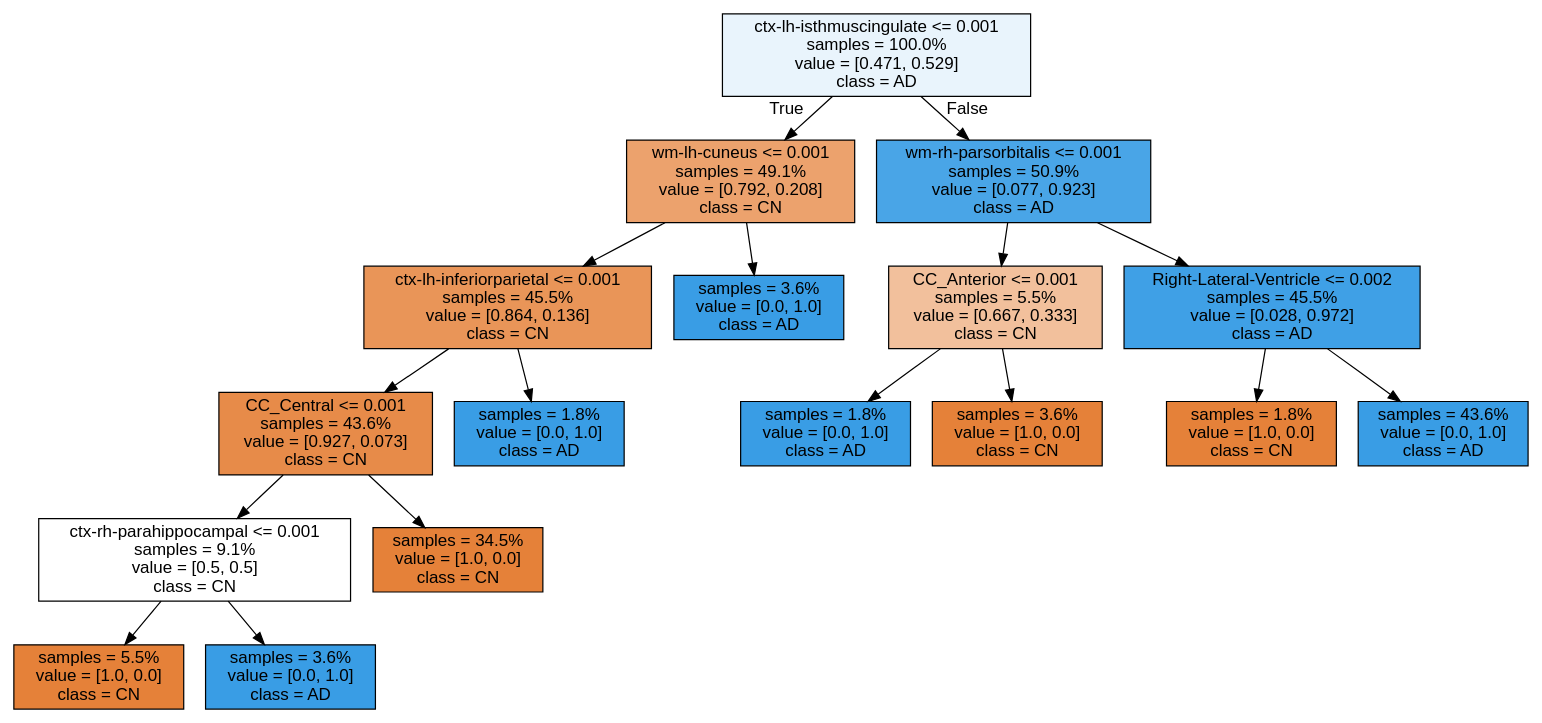
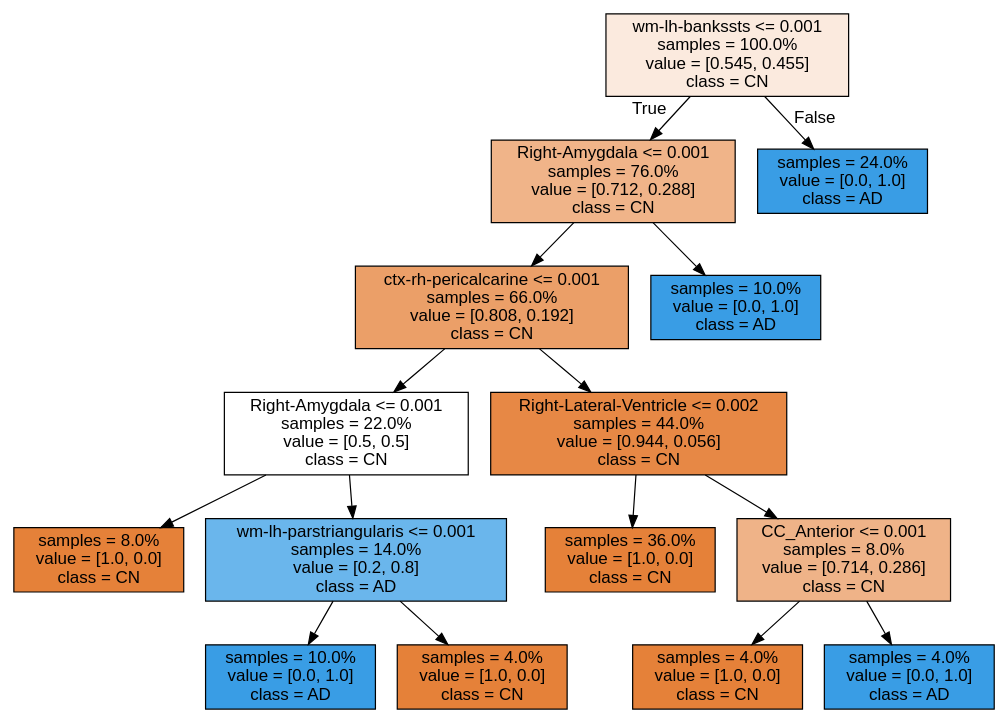
One commit to francescouni0/CompProject changed the diagram in Source.gv. Above: the diagram before and after it, drawn with Graphviz. The commit also changed 8 other files, not shown here.

```diff
--- a/Source.gv
+++ b/Source.gv
@@ -1,37 +1,33 @@
 digraph Tree {
 node [shape=box, style="filled", color="black", fontname="helvetica"] ;
 edge [fontname="helvetica"] ;
-0 [label="ctx-lh-isthmuscingulate <= 0.001\nsamples = 100.0%\nvalue = [0.471, 0.529]\nclass = AD", fillcolor="#e9f4fc"] ;
-1 [label="wm-lh-cuneus <= 0.001\nsamples = 49.1%\nvalue = [0.792, 0.208]\nclass = CN", fillcolor="#eca26d"] ;
+0 [label="wm-lh-bankssts <= 0.001\nsamples = 100.0%\nvalue = [0.545, 0.455]\nclass = CN", fillcolor="#fbeade"] ;
+1 [label="Right-Amygdala <= 0.001\nsamples = 76.0%\nvalue = [0.712, 0.288]\nclass = CN", fillcolor="#f0b489"] ;
 0 -> 1 [labeldistance=2.5, labelangle=45, headlabel="True"] ;
-2 [label="ctx-lh-inferiorparietal <= 0.001\nsamples = 45.5%\nvalue = [0.864, 0.136]\nclass = CN", fillcolor="#e99558"] ;
+2 [label="ctx-rh-pericalcarine <= 0.001\nsamples = 66.0%\nvalue = [0.808, 0.192]\nclass = CN", fillcolor="#eb9f68"] ;
 1 -> 2 ;
-3 [label="CC_Central <= 0.001\nsamples = 43.6%\nvalue = [0.927, 0.073]\nclass = CN", fillcolor="#e78b49"] ;
+3 [label="Right-Amygdala <= 0.001\nsamples = 22.0%\nvalue = [0.5, 0.5]\nclass = CN", fillcolor="#ffffff"] ;
 2 -> 3 ;
-4 [label="ctx-rh-parahippocampal <= 0.001\nsamples = 9.1%\nvalue = [0.5, 0.5]\nclass = CN", fillcolor="#ffffff"] ;
+4 [label="samples = 8.0%\nvalue = [1.0, 0.0]\nclass = CN", fillcolor="#e58139"] ;
 3 -> 4 ;
-5 [label="samples = 5.5%\nvalue = [1.0, 0.0]\nclass = CN", fillcolor="#e58139"] ;
-4 -> 5 ;
-6 [label="samples = 3.6%\nvalue = [0.0, 1.0]\nclass = AD", fillcolor="#399de5"] ;
-4 -> 6 ;
-7 [label="samples = 34.5%\nvalue = [1.0, 0.0]\nclass = CN", fillcolor="#e58139"] ;
-3 -> 7 ;
-8 [label="samples = 1.8%\nvalue = [0.0, 1.0]\nclass = AD", fillcolor="#399de5"] ;
+5 [label="wm-lh-parstriangularis <= 0.001\nsamples = 14.0%\nvalue = [0.2, 0.8]\nclass = AD", fillcolor="#6ab6ec"] ;
+3 -> 5 ;
+6 [label="samples = 10.0%\nvalue = [0.0, 1.0]\nclass = AD", fillcolor="#399de5"] ;
+5 -> 6 ;
+7 [label="samples = 4.0%\nvalue = [1.0, 0.0]\nclass = CN", fillcolor="#e58139"] ;
+5 -> 7 ;
+8 [label="Right-Lateral-Ventricle <= 0.002\nsamples = 44.0%\nvalue = [0.944, 0.056]\nclass = CN", fillcolor="#e78845"] ;
 2 -> 8 ;
-9 [label="samples = 3.6%\nvalue = [0.0, 1.0]\nclass = AD", fillcolor="#399de5"] ;
-1 -> 9 ;
-10 [label="wm-rh-parsorbitalis <= 0.001\nsamples = 50.9%\nvalue = [0.077, 0.923]\nclass = AD", fillcolor="#49a5e7"] ;
-0 -> 10 [labeldistance=2.5, labelangle=-45, headlabel="False"] ;
-11 [label="CC_Anterior <= 0.001\nsamples = 5.5%\nvalue = [0.667, 0.333]\nclass = CN", fillcolor="#f2c09c"] ;
+9 [label="samples = 36.0%\nvalue = [1.0, 0.0]\nclass = CN", fillcolor="#e58139"] ;
+8 -> 9 ;
+10 [label="CC_Anterior <= 0.001\nsamples = 8.0%\nvalue = [0.714, 0.286]\nclass = CN", fillcolor="#efb388"] ;
+8 -> 10 ;
+11 [label="samples = 4.0%\nvalue = [1.0, 0.0]\nclass = CN", fillcolor="#e58139"] ;
 10 -> 11 ;
-12 [label="samples = 1.8%\nvalue = [0.0, 1.0]\nclass = AD", fillcolor="#399de5"] ;
-11 -> 12 ;
-13 [label="samples = 3.6%\nvalue = [1.0, 0.0]\nclass = CN", fillcolor="#e58139"] ;
-11 -> 13 ;
-14 [label="Right-Lateral-Ventricle <= 0.002\nsamples = 45.5%\nvalue = [0.028, 0.972]\nclass = AD", fillcolor="#3fa0e6"] ;
-10 -> 14 ;
-15 [label="samples = 1.8%\nvalue = [1.0, 0.0]\nclass = CN", fillcolor="#e58139"] ;
-14 -> 15 ;
-16 [label="samples = 43.6%\nvalue = [0.0, 1.0]\nclass = AD", fillcolor="#399de5"] ;
-14 -> 16 ;
+12 [label="samples = 4.0%\nvalue = [0.0, 1.0]\nclass = AD", fillcolor="#399de5"] ;
+10 -> 12 ;
+13 [label="samples = 10.0%\nvalue = [0.0, 1.0]\nclass = AD", fillcolor="#399de5"] ;
+1 -> 13 ;
+14 [label="samples = 24.0%\nvalue = [0.0, 1.0]\nclass = AD", fillcolor="#399de5"] ;
+0 -> 14 [labeldistance=2.5, labelangle=-45, headlabel="False"] ;
 }
```
